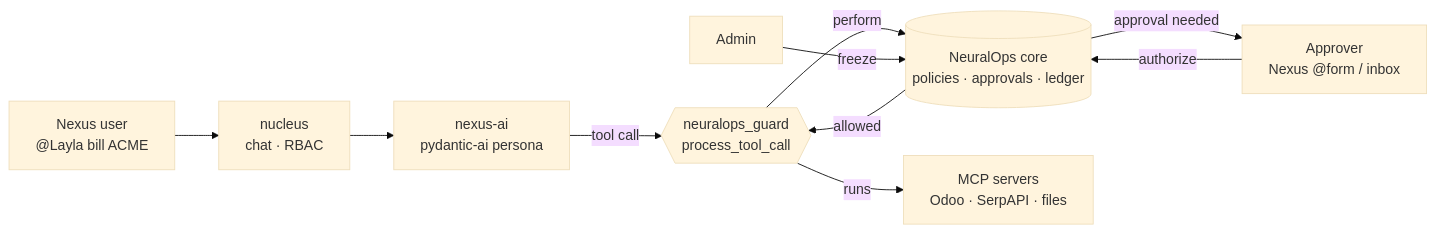
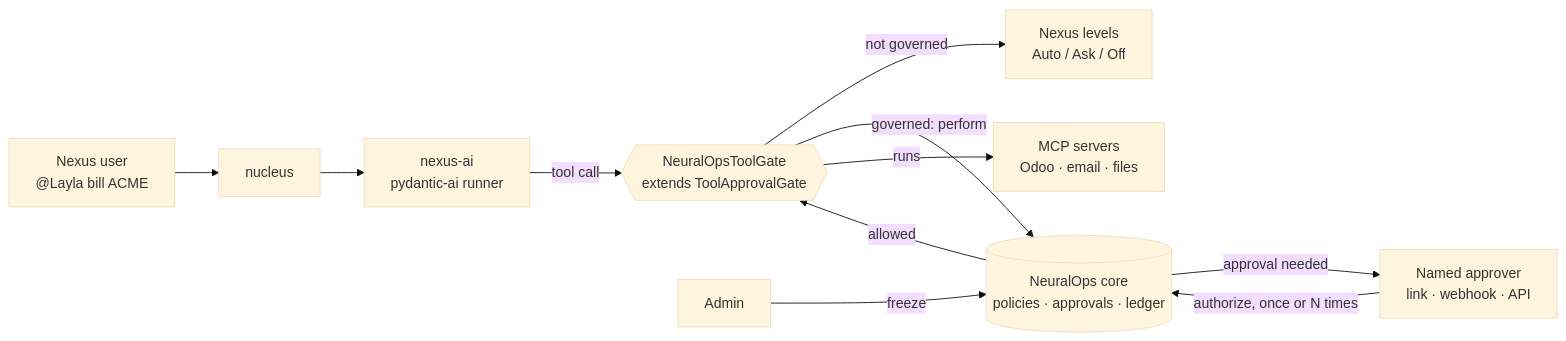
Before and after one commit to z-sops/neuralops: the diagram in docs/PITCH.md, drawn with Mermaid (base theme). The commit also changed other lines of this file and 49 other files, not shown here.

First line of the commit message:
V0.1.6: close the known gaps; real NeuralOps Nexus integration

````diff
--- a/docs/PITCH.md
+++ b/docs/PITCH.md
@@ -33,12 +35,13 @@
 ```mermaid
 flowchart LR
-  U[Nexus user<br/>@Layla bill ACME] --> N[nucleus<br/>chat · RBAC]
-  N --> A[nexus-ai<br/>pydantic-ai persona]
-  A -->|tool call| G{{neuralops_guard<br/>process_tool_call}}
-  G -->|perform| C[(NeuralOps core<br/>policies · approvals · ledger)]
+  U[Nexus user<br/>@Layla bill ACME] --> N[nucleus]
+  N --> A[nexus-ai<br/>pydantic-ai runner]
+  A -->|tool call| G{{NeuralOpsToolGate<br/>extends ToolApprovalGate}}
+  G -->|not governed| L[Nexus levels<br/>Auto / Ask / Off]
+  G -->|governed: perform| C[(NeuralOps core<br/>policies · approvals · ledger)]
+  C -->|approval needed| H[Named approver<br/>link · webhook · API]
+  H -->|authorize, once or N times| C
   C -->|allowed| G
-  G -->|runs| T[MCP servers<br/>Odoo · SerpAPI · files]
-  C -->|approval needed| H[Approver<br/>Nexus @form / inbox]
-  H -->|authorize| C
+  G -->|runs| T[MCP servers<br/>Odoo · email · files]
   K[Admin] -->|freeze| C
 ```
````
